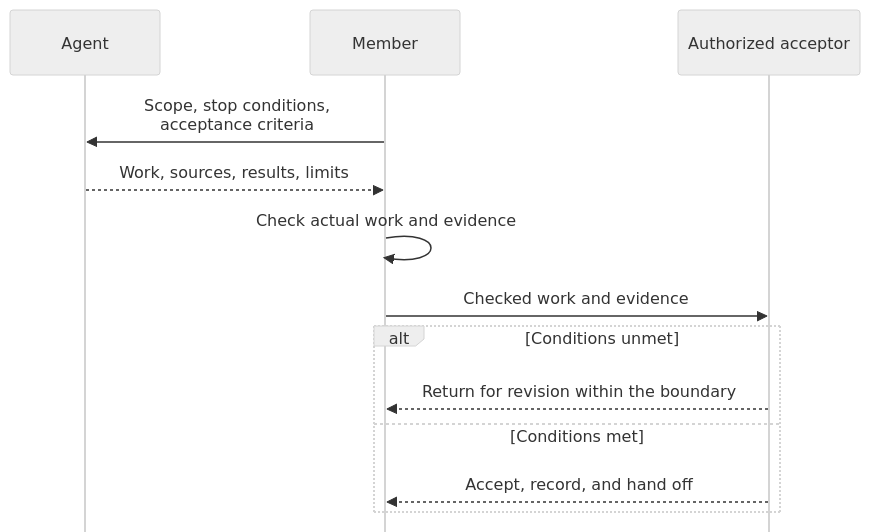
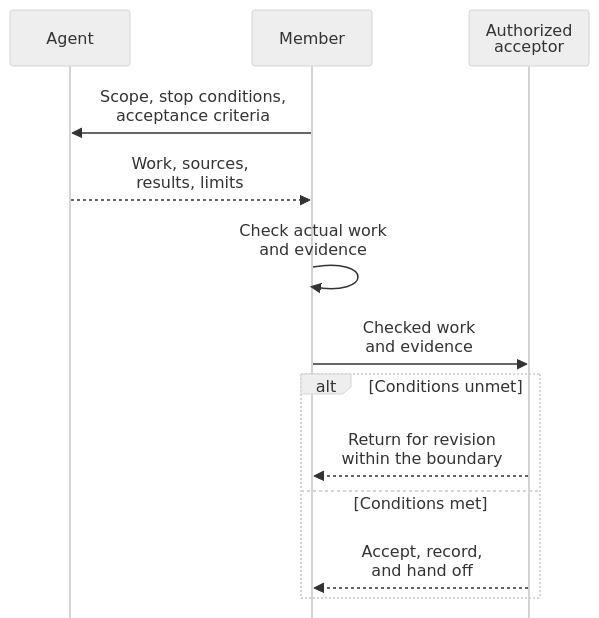
One commit to HengYangDS/data-department-work-guidelines changed the diagram in docs/human-agent.md. Above: the diagram before and after it, drawn with Mermaid (neutral theme).

Commit message:
docs(collaboration): keep diagram labels readable at body width

````diff
--- a/docs/human-agent.md
+++ b/docs/human-agent.md
@@ -81,23 +81,28 @@
 ```mermaid
 ---
 config:
   look: classic
   sequence:
     mirrorActors: false
+    actorMargin: 36
+    width: 120
+    height: 56
+    actorFontSize: 18
+    messageFontSize: 18
 ---
 sequenceDiagram
     accTitle: Delegation, evidence, and authorized acceptance
     accDescr: A member sets the delegation boundary. An Agent returns work and evidence. The member checks the actual work and evidence before submitting them to an authorized acceptor. If conditions are unmet, the work returns for revision within the delegation boundary. If conditions are met, the acceptor accepts the work, records acceptance, and hands off the result. Participants represent roles, not necessarily different people. People retain authority and responsibility; acceptance never expands permission.
     participant Agent
     participant Member
-    participant Acceptor as Authorized acceptor
+    participant Acceptor as Authorized<br/>acceptor
     Member->>Agent: Scope, stop conditions,<br/>acceptance criteria
-    Agent-->>Member: Work, sources, results, limits
-    Member->>Member: Check actual work and evidence
-    Member->>Acceptor: Checked work and evidence
+    Agent-->>Member: Work, sources,<br/>results, limits
+    Member->>Member: Check actual work<br/>and evidence
+    Member->>Acceptor: Checked work<br/>and evidence
     alt Conditions unmet
-        Acceptor-->>Member: Return for revision within the boundary
+        Acceptor-->>Member: Return for revision<br/>within the boundary
     else Conditions met
-        Acceptor-->>Member: Accept, record, and hand off
+        Acceptor-->>Member: Accept, record,<br/>and hand off
     end
 ```
````
